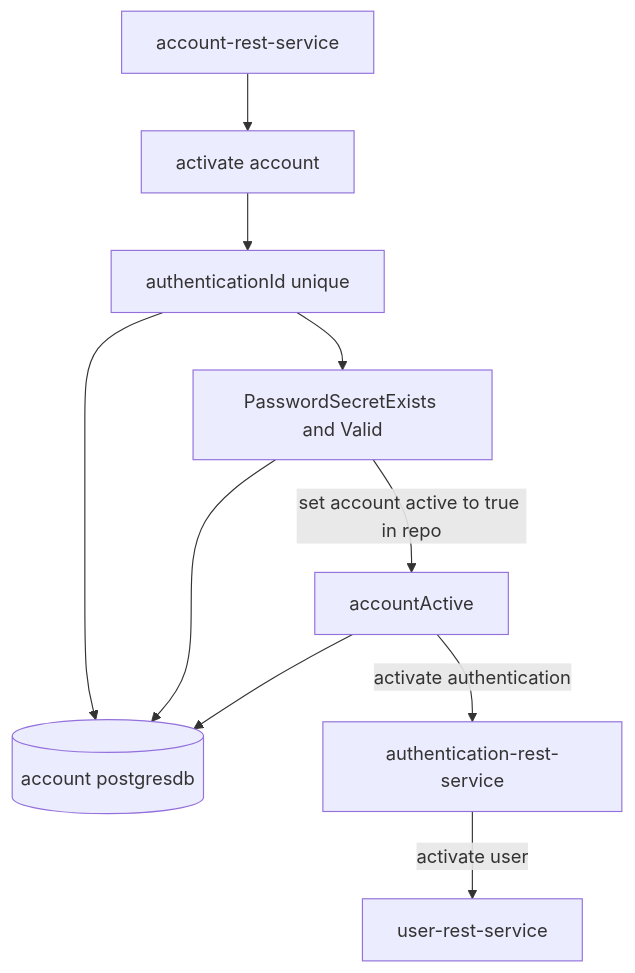
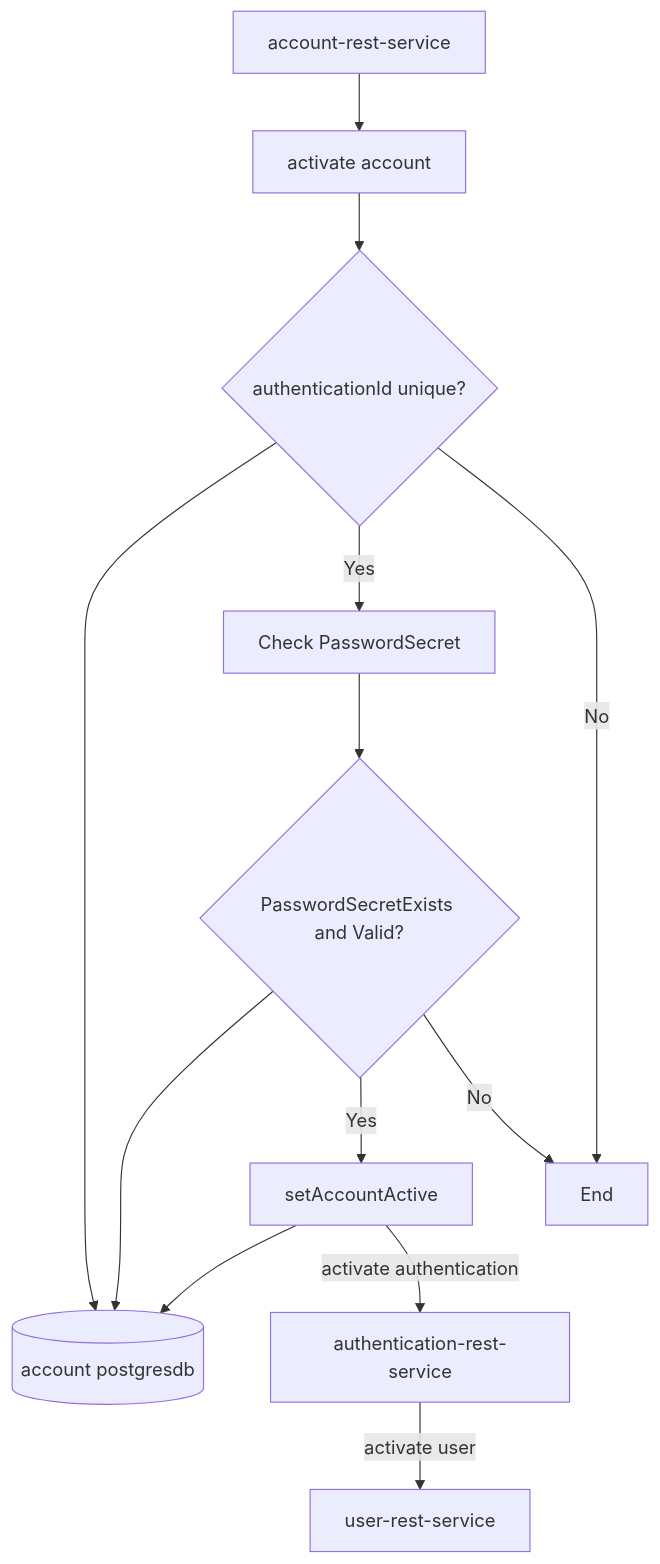
Before and after one commit to sonamsamdupkhangsar/account-rest-service: the second of 2 diagrams in README.md, drawn with Mermaid.

````diff
--- a/README.md
+++ b/README.md
@@ -91,12 +91,19 @@
 ```mermaid
 flowchart TD
-  account-rest-service --> activateAccount["activate account"]
-  activateAccount --> authenticationIdUnique["authenticationId unique"]
+  account-rest-service --> activateAccount["activate account"]  
+  activateAccount --> authenticationIdUnique{authenticationId unique?}
+  
   authenticationIdUnique --> accountDb[(account postgresdb)]
-  authenticationIdUnique --> passwordSecretExists[PasswordSecretExists and Valid]
-  passwordSecretExists --> accountDb
-  passwordSecretExists --"set account active to true in repo"--> accountActive
-  accountActive --> accountDb
-  accountActive --"activate authentication"--> activateAuthentication[authentication-rest-service]
+  
+  authenticationIdUnique --> |Yes| passwordSecretCheck[Check PasswordSecret]
+  authenticationIdUnique --> |No| ReturnError[End]
+  
+  passwordSecretCheck --> passwordSecretValid{PasswordSecretExists and Valid?}
+  
+  passwordSecretValid --> accountDb
+  passwordSecretValid -->|Yes| setAccountActive   
+  setAccountActive --> accountDb
+  setAccountActive --"activate authentication"--> activateAuthentication[authentication-rest-service]
+  passwordSecretValid -->|No| ReturnError
   activateAuthentication --"activate user"--> activateUser["user-rest-service"] 
 ```  
````
